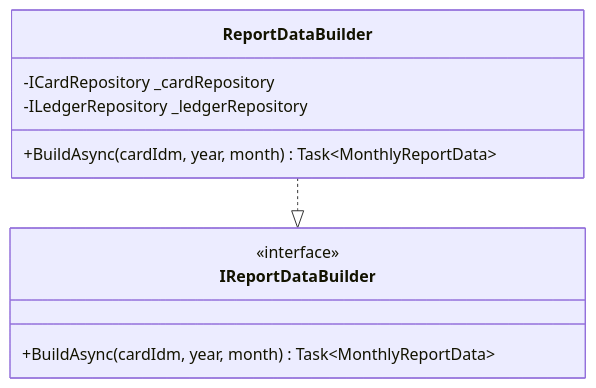
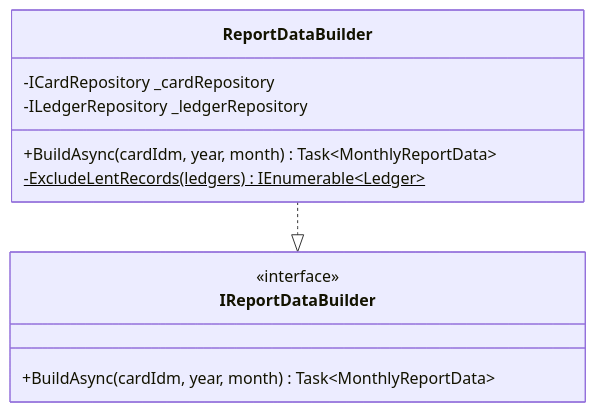
Diagram 30 of 52 in ICCardManager/docs/design/05_クラス設計書.md (kuwayamamasayuki/ICCardManager), drawn with Mermaid before and after one commit. The commit also changed other lines of this file and 8 other files, not shown here.

````diff
--- a/ICCardManager/docs/design/05_クラス設計書.md
+++ b/ICCardManager/docs/design/05_クラス設計書.md
@@ -2133,15 +2133,16 @@
 ```mermaid
 classDiagram
     class IReportDataBuilder {
         <<interface>>
         +BuildAsync(cardIdm, year, month) Task~MonthlyReportData~
     }
 
     class ReportDataBuilder {
         -ICardRepository _cardRepository
         -ILedgerRepository _ledgerRepository
         +BuildAsync(cardIdm, year, month) Task~MonthlyReportData~
+        -ExcludeLentRecords(ledgers)$ IEnumerable~Ledger~
     }
 
     ReportDataBuilder ..|> IReportDataBuilder
 ```
````
